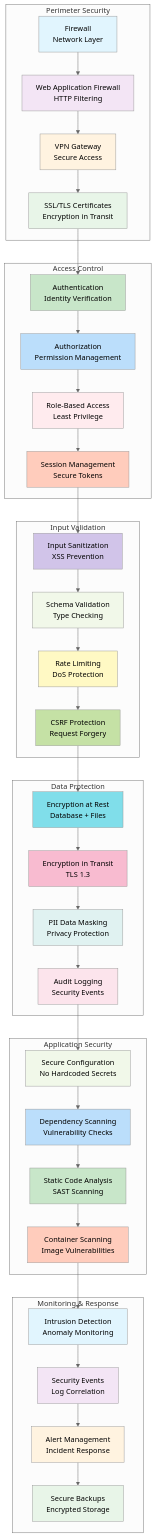
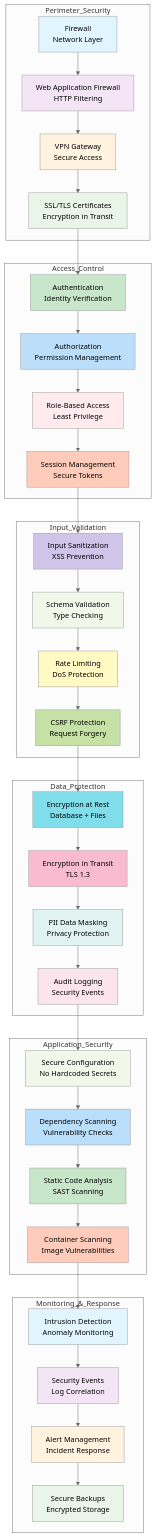
One commit to tanm-sys/build changed the ninth of 17 diagrams in decentralized-ai-simulation/docs/design.md. Above: the diagram before and after it, drawn with Mermaid (neutral theme). The commit also changed other lines of this file and 5 other files, not shown here.

Commit message:
Fix Mermaid diagram parse errors in Markdown files (resolve LINK token issues on line 29 and others)

````diff
--- a/decentralized-ai-simulation/docs/design.md
+++ b/decentralized-ai-simulation/docs/design.md
@@ -617,41 +617,41 @@
 ```mermaid
 flowchart TD
-    subgraph "Perimeter Security"
+    subgraph "Perimeter_Security"
         FW[Firewall<br/>Network Layer]
         WAF[Web Application Firewall<br/>HTTP Filtering]
         VPN[VPN Gateway<br/>Secure Access]
         CERT[SSL/TLS Certificates<br/>Encryption in Transit]
     end
 
-    subgraph "Access Control"
+    subgraph "Access_Control"
         AUTHN[Authentication<br/>Identity Verification]
         AUTHZ[Authorization<br/>Permission Management]
         RBAC[Role-Based Access<br/>Least Privilege]
         SESSION[Session Management<br/>Secure Tokens]
     end
 
-    subgraph "Input Validation"
+    subgraph "Input_Validation"
         SANITIZE[Input Sanitization<br/>XSS Prevention]
         VALIDATE[Schema Validation<br/>Type Checking]
         RATE_LIMIT[Rate Limiting<br/>DoS Protection]
         CSRF[CSRF Protection<br/>Request Forgery]
     end
 
-    subgraph "Data Protection"
+    subgraph "Data_Protection"
         ENCRYPT_AT_REST[Encryption at Rest<br/>Database + Files]
         ENCRYPT_IN_TRANSIT[Encryption in Transit<br/>TLS 1.3]
         PII_MASKING[PII Data Masking<br/>Privacy Protection]
         AUDIT_LOGGING[Audit Logging<br/>Security Events]
     end
 
-    subgraph "Application Security"
+    subgraph "Application_Security"
         SECURE_CONFIG[Secure Configuration<br/>No Hardcoded Secrets]
         DEPENDENCY_SCAN[Dependency Scanning<br/>Vulnerability Checks]
         CODE_SCAN[Static Code Analysis<br/>SAST Scanning]
         CONTAINER_SCAN[Container Scanning<br/>Image Vulnerabilities]
     end
 
-    subgraph "Monitoring & Response"
+    subgraph "Monitoring_&_Response"
         IDS[Intrusion Detection<br/>Anomaly Monitoring]
         SIEM[Security Events<br/>Log Correlation]
         ALERTING[Alert Management<br/>Incident Response]
````
